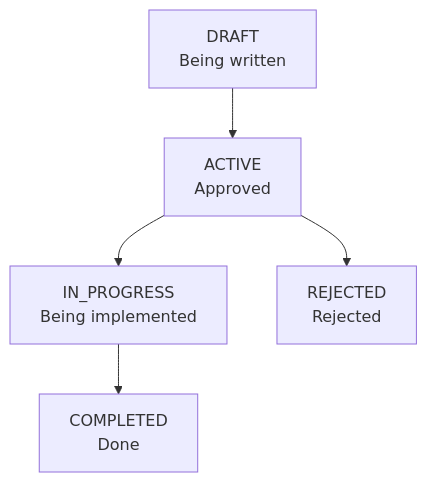
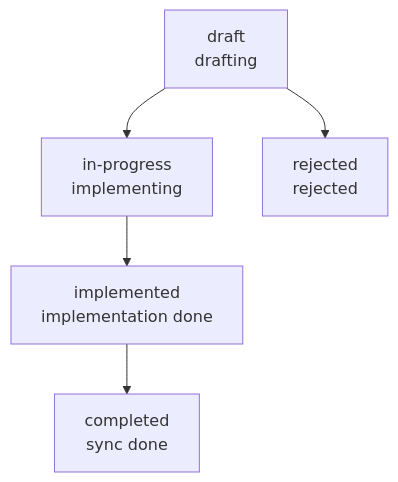
The second of 2 diagrams in docs-site/content/en/workflow-commands/moai-plan.md (modu-ai/moai-adk), drawn with Mermaid before and after one commit. The commit also changed other lines of this file and 180 other files, not shown here.

````diff
--- a/docs-site/content/en/workflow-commands/moai-plan.md
+++ b/docs-site/content/en/workflow-commands/moai-plan.md
@@ -262,7 +313,7 @@
 ```mermaid
 flowchart TD
-    A["DRAFT<br/>Being written"] --> B["ACTIVE<br/>Approved"]
-    B --> C["IN_PROGRESS<br/>Being implemented"]
-    C --> D["COMPLETED<br/>Done"]
-    B --> E["REJECTED<br/>Rejected"]
+    A["draft<br/>drafting"] --> B["in-progress<br/>implementing"]
+    B --> C["implemented<br/>implementation done"]
+    C --> D["completed<br/>sync done"]
+    A --> E["rejected<br/>rejected"]
 ```
````
